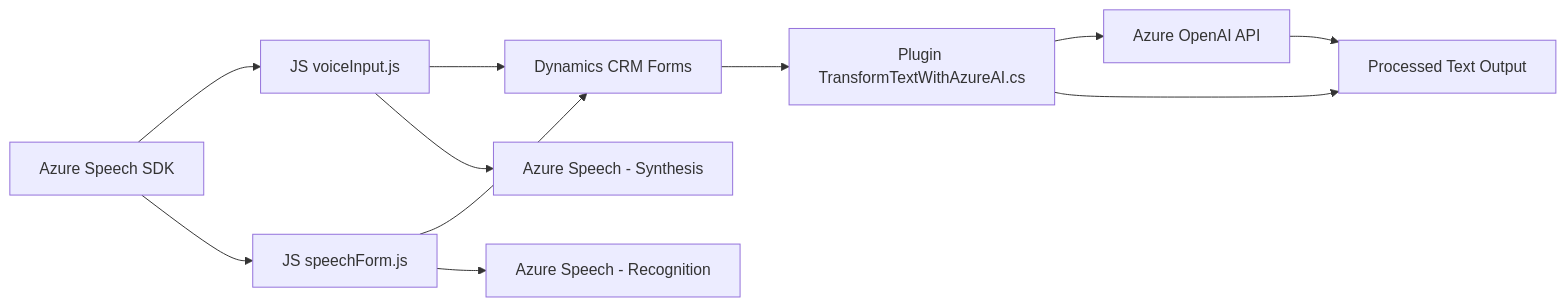
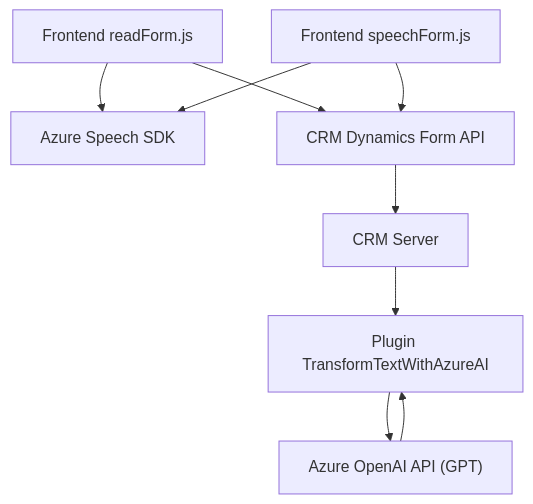
Before and after one commit to blopezdm/NETCORE_BILBAO2025: the diagram in README.md, drawn with Mermaid. The commit also changed other lines of this file, not shown here.

````diff
--- a/README.md
+++ b/README.md
@@ -59,13 +31,11 @@
 ```mermaid
-graph LR
-A["Azure Speech SDK"] --> B["JS voiceInput.js"]
-A --> C["JS speechForm.js"]
-C --> D["Dynamics CRM Forms"]
-B --> D["Dynamics CRM Forms"]
-D --> E["Plugin TransformTextWithAzureAI.cs"]
-E --> F["Azure OpenAI API"]
-E --> G["Dynamics Web API"]
-F --> G["Processed Text Output"]
-B --> H["Azure Speech - Synthesis"]
-C --> I["Azure Speech - Recognition"]
+graph TD
+    A["Frontend readForm.js"] --> B["Azure Speech SDK"]
+    A --> C["CRM Dynamics Form API"]
+    D["Frontend speechForm.js"] --> B
+    D --> C
+    C --> E["CRM Server"]
+    E --> F["Plugin TransformTextWithAzureAI"]
+    F --> G["Azure OpenAI API (GPT)"]
+    G --> F
 ```
````
